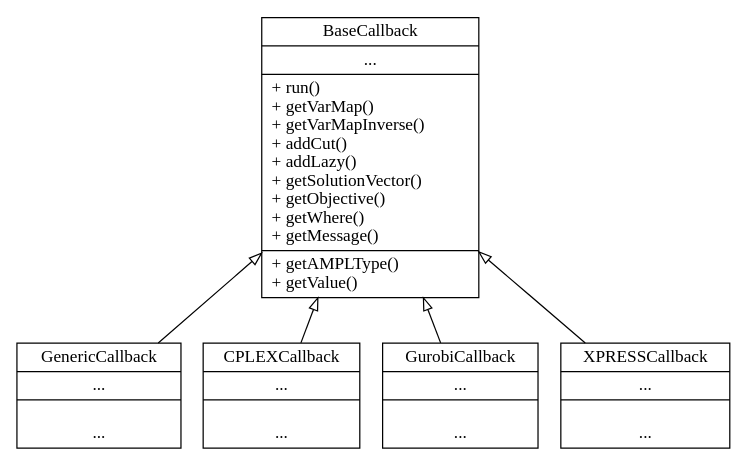
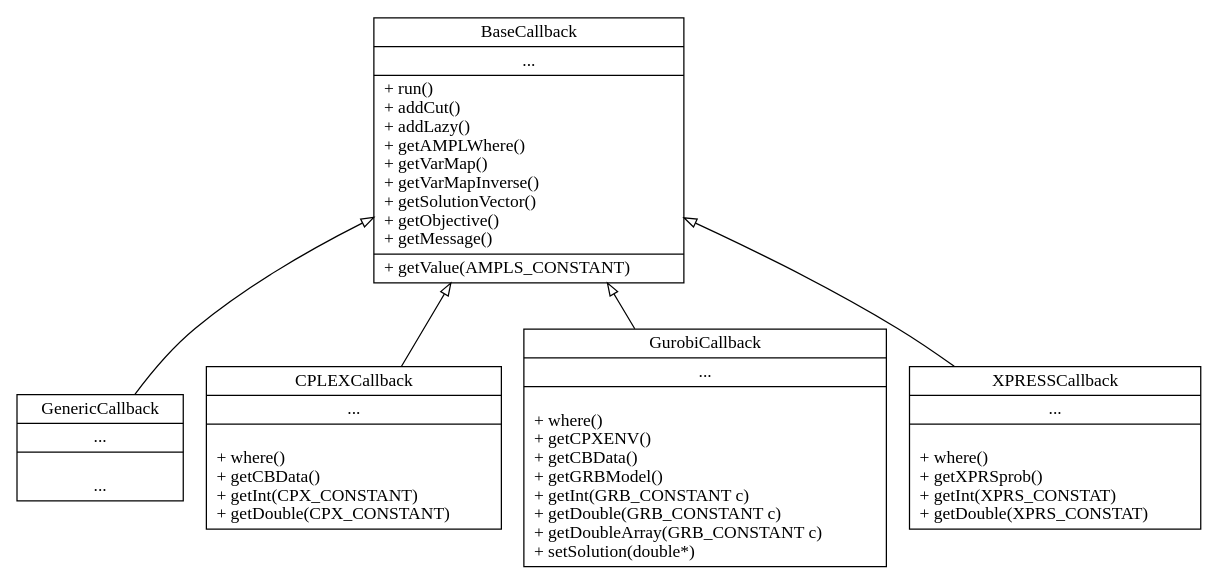
Before and after one commit to ampl/ampls-api: the diagram in doc/images/Callbacks.dot, drawn with Graphviz. The commit also changed 5 other files, not shown here.

```diff
--- a/doc/images/Callbacks.dot
+++ b/doc/images/Callbacks.dot
@@ -1,17 +1,17 @@
 digraph hierarchy {
-size="6,6"
+size="10,6"
 node[shape=record,style=filled,fillcolor=white]
 edge[dir=back, arrowtail=empty]
 
 
-BaseCallback[label = "{BaseCallback|...|+ run()\l+ getVarMap()\l+ getVarMapInverse()\l+ addCut()\l+ addLazy()\l+ getSolutionVector()\l+ getObjective()\l+ getWhere()\l+ getMessage()\l|+ getAMPLType()\l+ getValue()\l}"]
+BaseCallback[label = "{BaseCallback|...|+ run()\l+ addCut()\l+ addLazy()\l+ getAMPLWhere()\l+ getVarMap()\l+ getVarMapInverse()\l+ getSolutionVector()\l+ getObjective()\l+ getMessage()\l|+ getValue(AMPLS_CONSTANT)\l}"]
 GenericCallback[label = "{GenericCallback|...|\l...}"]
-CPLEXCallback[label = "{CPLEXCallback|...|\l...}"]
-GurobiCallback[label = "{GurobiCallback|...|\l...}"]
-XPRESSCallback[label = "{XPRESSCallback|...|\l...}"]
+CPLEXCallback[label = "{CPLEXCallback|...|\l+ where()\l+ getCBData()\l+ getInt(CPX_CONSTANT)\l+ getDouble(CPX_CONSTANT)\l}"]
+GurobiCallback[label = "{GurobiCallback|...|\l+ where()\l+ getCPXENV()\l+ getCBData()\l+ getGRBModel()\l+ getInt(GRB_CONSTANT c)\l+ getDouble(GRB_CONSTANT c)\l+ getDoubleArray(GRB_CONSTANT c)\l+ setSolution(double*)\l}"]
+XPRESSCallback[label = "{XPRESSCallback|...|\l+ where()\l+ getXPRSprob()\l+ getInt(XPRS_CONSTAT)\l+ getDouble(XPRS_CONSTAT)\l}"]
 
 BaseCallback->GenericCallback
 BaseCallback->CPLEXCallback
 BaseCallback->GurobiCallback
 BaseCallback->XPRESSCallback
 }
```
